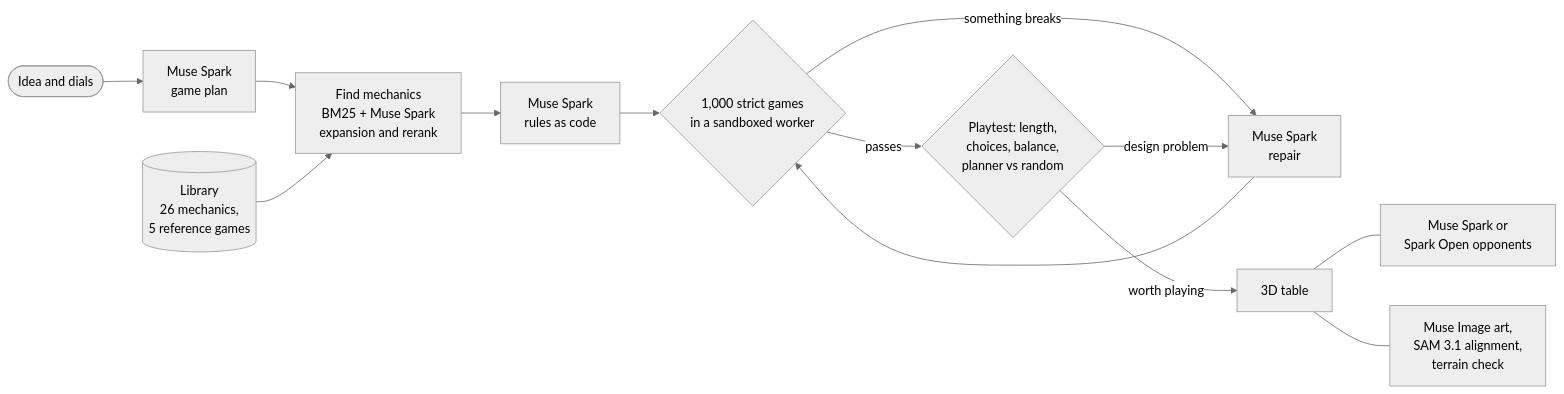
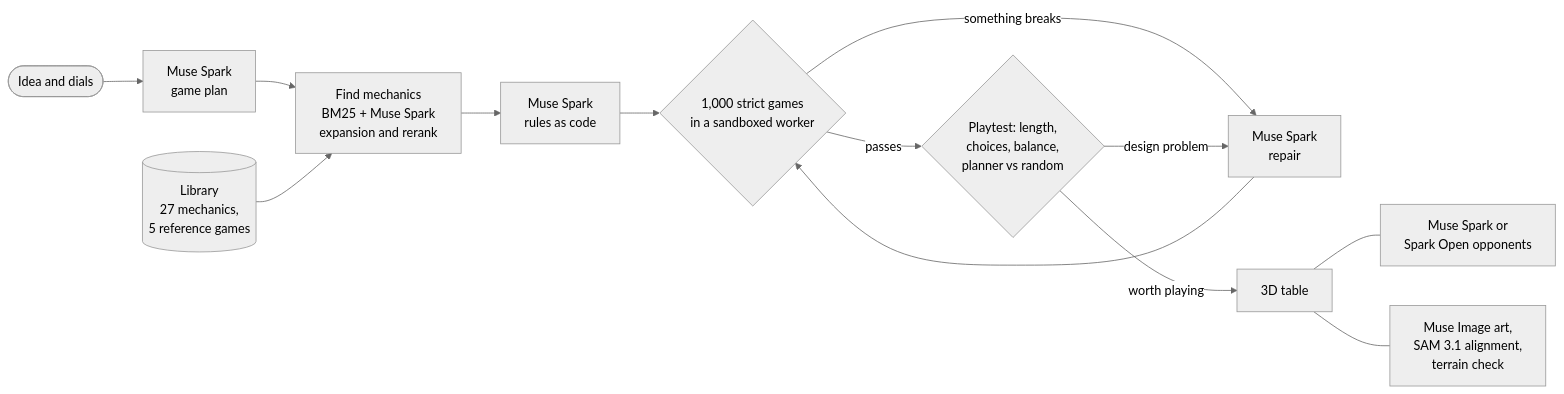
One commit to AnnieQian1212/BoardDream changed the diagram in README.md. Above: the diagram before and after it, drawn with Mermaid (neutral theme). The commit also changed 14 other files, not shown here.

````diff
--- a/README.md
+++ b/README.md
@@ -16,15 +16,15 @@
 ```mermaid
 flowchart LR
   idea([Idea and dials]) --> spec[Muse Spark<br/>game plan]
   spec --> find[Find mechanics<br/>BM25 + Muse Spark<br/>expansion and rerank]
-  lib[(Library<br/>26 mechanics,<br/>5 reference games)] --> find
+  lib[(Library<br/>27 mechanics,<br/>5 reference games)] --> find
   find --> code[Muse Spark<br/>rules as code]
   code --> fuzz{1,000 strict games<br/>in a sandboxed worker}
   fuzz -- something breaks --> fix[Muse Spark<br/>repair]
   fix --> fuzz
   fuzz -- passes --> test{Playtest: length,<br/>choices, balance,<br/>planner vs random}
   test -- design problem --> fix
   test -- worth playing --> table[3D table]
   table --- opponents[Muse Spark or<br/>Spark Open opponents]
   table --- art[Muse Image art,<br/>SAM 3.1 alignment,<br/>terrain check]
 ```
````
